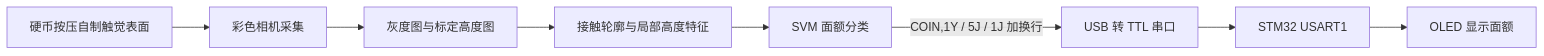
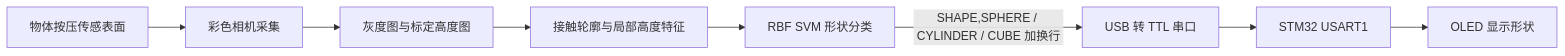
The diagram in README.md (w67755/Vision-Based-Tactile-Coin-Recognition-with-STM32-Display), drawn with Mermaid before and after one commit. The commit also changed other lines of this file and 21 other files, not shown here.

````diff
--- a/README.md
+++ b/README.md
@@ -9,10 +9,10 @@
 ```mermaid
 flowchart LR
-    A[硬币按压自制触觉表面] --> B[彩色相机采集]
+    A[物体按压传感表面] --> B[彩色相机采集]
     B --> C[灰度图与标定高度图]
     C --> D[接触轮廓与局部高度特征]
-    D --> E[SVM 面额分类]
-    E -->|COIN,1Y / 5J / 1J 加换行| F[USB 转 TTL 串口]
+    D --> E[RBF SVM 形状分类]
+    E -->|SHAPE,SPHERE / CYLINDER / CUBE 加换行| F[USB 转 TTL 串口]
     F --> G[STM32 USART1]
-    G --> H[OLED 显示面额]
+    G --> H[OLED 显示形状]
 ```
````
